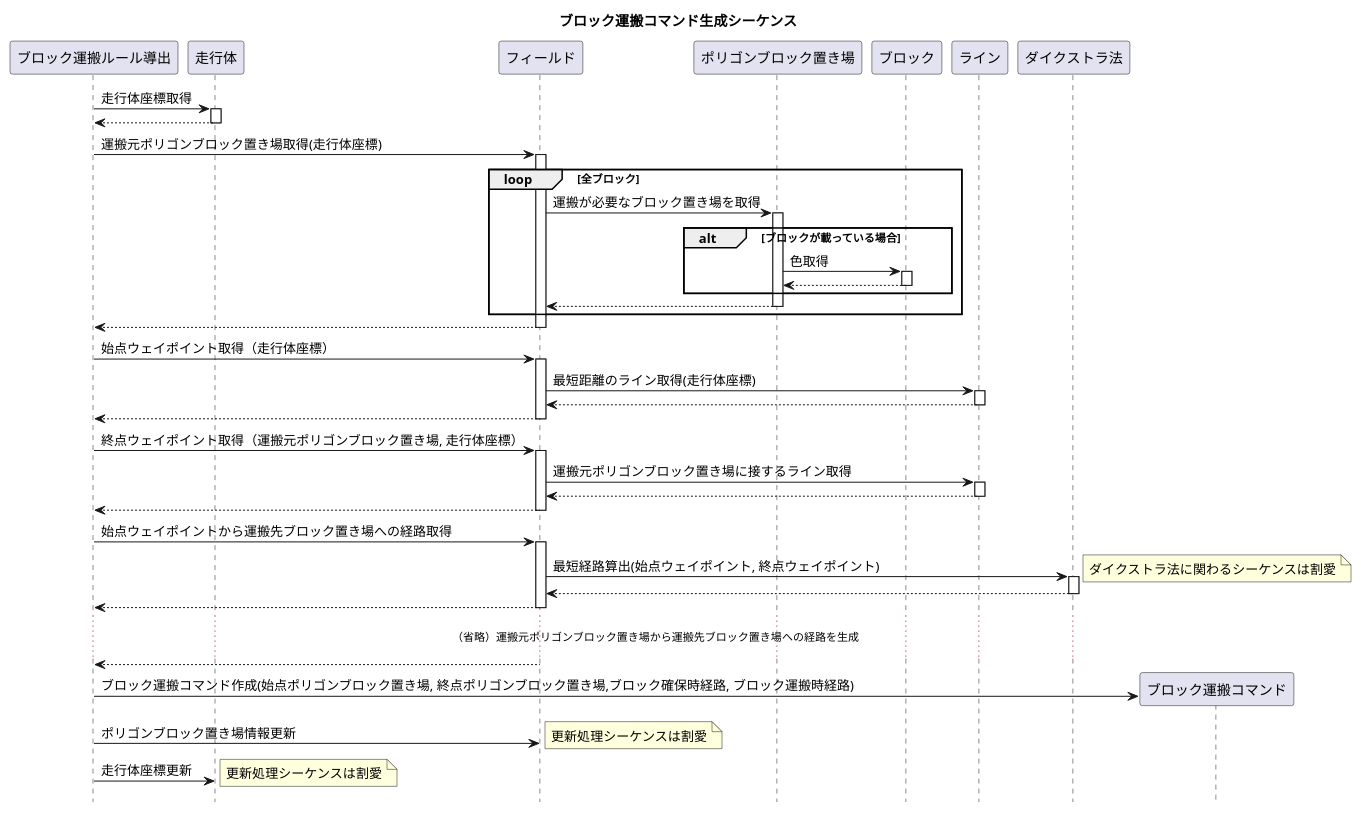
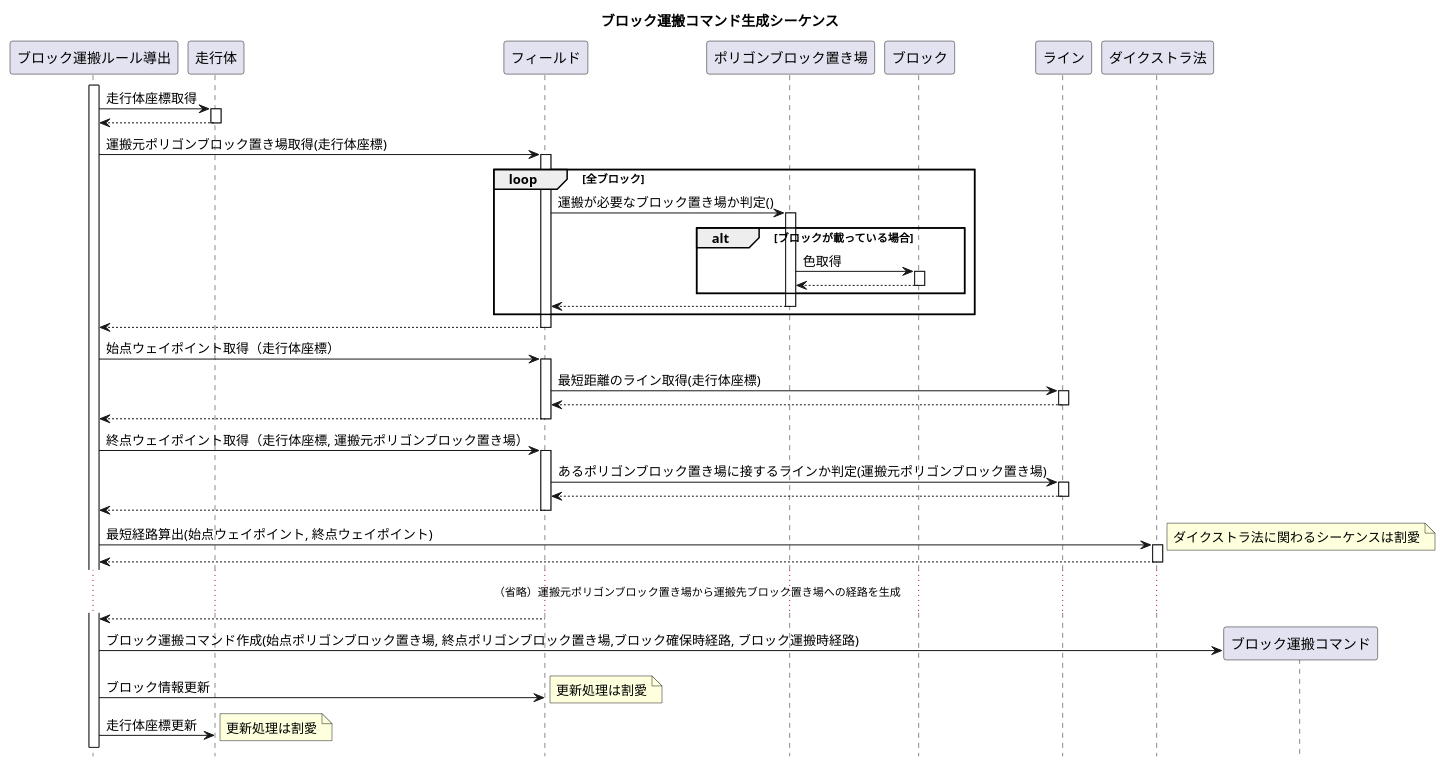
Before and after one commit to TK-R/ET2017-UML: the diagram in 分析モデル/運搬経路生成シーケンス図.puml, drawn with PlantUML. The commit also changed 2 other files, not shown here.

Commit message:
トレーサビリティ確保のため、シーケンス図とクラス図巻のメソッド名称を統一

```diff
--- a/分析モデル/運搬経路生成シーケンス図.puml
+++ b/分析モデル/運搬経路生成シーケンス図.puml
@@ -1,70 +1,67 @@
 @startuml
 title ブロック運搬コマンド生成シーケンス
 hide footbox
 
-
+activate ブロック運搬ルール導出
 ブロック運搬ルール導出 -> 走行体 : 走行体座標取得
 	activate 走行体
 	ブロック運搬ルール導出 <-- 走行体
 	deactivate 走行体
 
 ブロック運搬ルール導出 -> フィールド : 運搬元ポリゴンブロック置き場取得(走行体座標)　
 	activate フィールド
 	loop 全ブロック
-	フィールド -> ポリゴンブロック置き場 : 運搬が必要なブロック置き場を取得
+	フィールド -> ポリゴンブロック置き場 : 運搬が必要なブロック置き場か判定()
 		activate ポリゴンブロック置き場
 		alt ブロックが載っている場合
 		ポリゴンブロック置き場 -> ブロック : 色取得
 			activate ブロック
 			ポリゴンブロック置き場 <-- ブロック
 			deactivate ブロック
 		end
 		フィールド <-- ポリゴンブロック置き場 
 		deactivate ポリゴンブロック置き場
 	end
 ブロック運搬ルール導出  <-- フィールド 
 deactivate フィールド
 
 ブロック運搬ルール導出 -> フィールド : 始点ウェイポイント取得（走行体座標）
 	activate フィールド
 	フィールド -> ライン : 最短距離のライン取得(走行体座標)
 		activate ライン
 		フィールド <-- ライン : 
 		deactivate ライン
 	ブロック運搬ルール導出 <-- フィールド
 	deactivate フィールド
 
-ブロック運搬ルール導出 -> フィールド : 終点ウェイポイント取得（運搬元ポリゴンブロック置き場, 走行体座標）
+ブロック運搬ルール導出 -> フィールド : 終点ウェイポイント取得（走行体座標, 運搬元ポリゴンブロック置き場）
 	activate フィールド
-	フィールド -> ライン : 運搬元ポリゴンブロック置き場に接するライン取得
+	フィールド -> ライン : あるポリゴンブロック置き場に接するラインか判定(運搬元ポリゴンブロック置き場)
+
 		activate ライン
 		フィールド <-- ライン : 
 		deactivate ライン
 	ブロック運搬ルール導出 <-- フィールド
 	deactivate フィールド
 
 
-ブロック運搬ルール導出 -> フィールド : 始点ウェイポイントから運搬先ブロック置き場への経路取得
-	activate フィールド
-	フィールド -> ダイクストラ法 : 最短経路算出(始点ウェイポイント, 終点ウェイポイント)
-		activate ダイクストラ法	
+ブロック運搬ルール導出 -> ダイクストラ法 : 最短経路算出(始点ウェイポイント, 終点ウェイポイント)
+		activate ダイクストラ法		
 		note right : ダイクストラ法に関わるシーケンスは割愛
-		フィールド <-- ダイクストラ法
+		ブロック運搬ルール導出 <-- ダイクストラ法
 		deactivate ダイクストラ法
-	ブロック運搬ルール導出 <-- フィールド 
-	deactivate フィールド
 
 
 ...（省略）運搬元ポリゴンブロック置き場から運搬先ブロック置き場への経路を生成...
 
 ブロック運搬ルール導出 <-- フィールド
 
 create ブロック運搬コマンド
 ブロック運搬ルール導出 -> ブロック運搬コマンド : ブロック運搬コマンド作成(始点ポリゴンブロック置き場, 終点ポリゴンブロック置き場,ブロック確保時経路, ブロック運搬時経路)
 
-ブロック運搬ルール導出 -> フィールド : ポリゴンブロック置き場情報更新
-note right : 更新処理シーケンスは割愛
+ブロック運搬ルール導出 -> フィールド : ブロック情報更新
+note right : 更新処理は割愛
 ブロック運搬ルール導出 -> 走行体 : 走行体座標更新
-note right : 更新処理シーケンスは割愛
+note right : 更新処理は割愛
 
 @enduml
```
